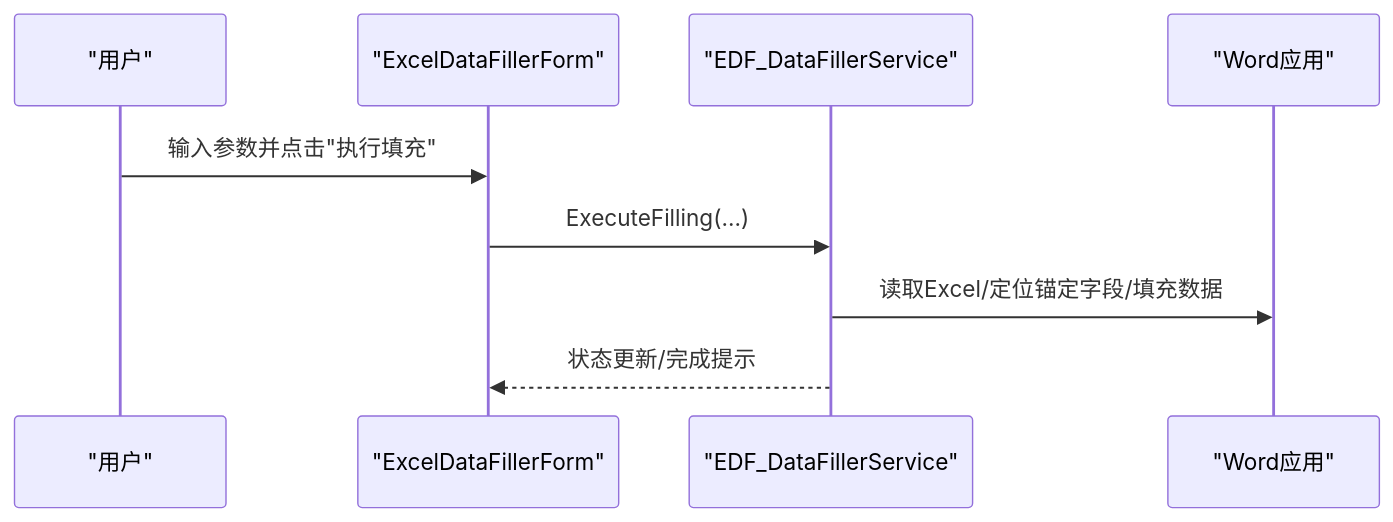
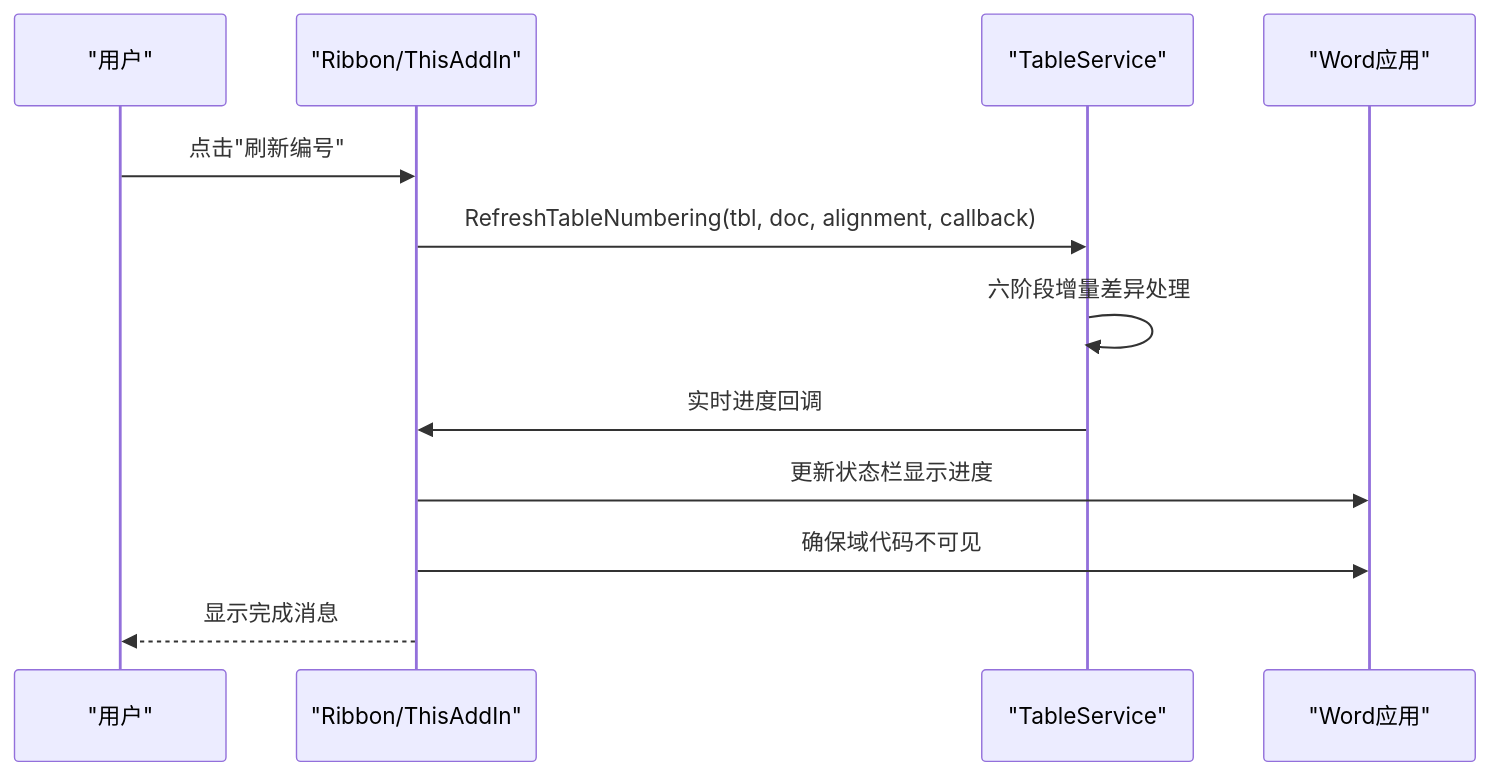
Diagram 16 of 17 in .qoder/repowiki/zh/content/服务层/表格服务.md (rainiva/WordTools), drawn with Mermaid before and after one commit. The commit also changed other lines of this file and 7 other files, not shown here.

````diff
--- a/.qoder/repowiki/zh/content/服务层/表格服务.md
+++ b/.qoder/repowiki/zh/content/服务层/表格服务.md
@@ -497,11 +665,14 @@
 ```mermaid
 sequenceDiagram
 participant User as "用户"
-participant UI as "ExcelDataFillerForm"
-participant EDFS as "EDF_DataFillerService"
+participant UI as "Ribbon/ThisAddIn"
+participant TS as "TableService"
 participant App as "Word应用"
-User->>UI : 输入参数并点击"执行填充"
-UI->>EDFS : ExecuteFilling(...)
-EDFS->>App : 读取Excel/定位锚定字段/填充数据
-EDFS-->>UI : 状态更新/完成提示
+User->>UI : 点击"刷新编号"
+UI->>TS : RefreshTableNumbering(tbl, doc, alignment, callback)
+TS->>TS : 六阶段增量差异处理
+TS->>UI : 实时进度回调
+UI->>App : 更新状态栏显示进度
+UI->>App : 确保域代码不可见
+UI-->>User : 显示完成消息
 ```
````
